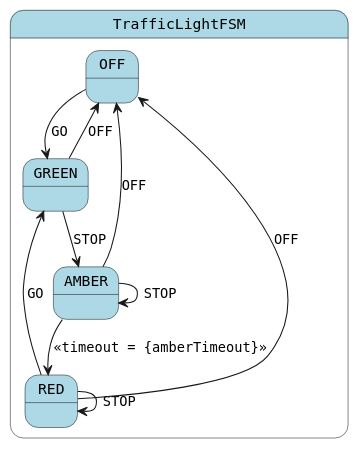
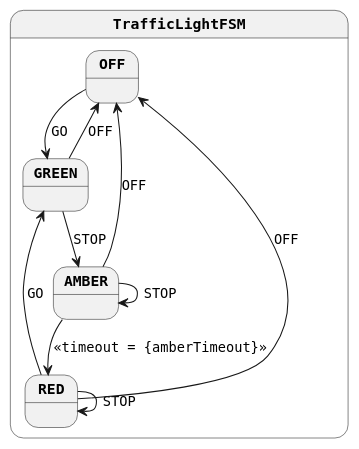
Before and after one commit to open-jumpco/kfsm-android-compose-traffic: the diagram in generated/traffic-light-simple.plantuml, drawn with PlantUML. The commit also changed 7 other files, not shown here.

```diff
--- a/generated/traffic-light-simple.plantuml
+++ b/generated/traffic-light-simple.plantuml
@@ -1,18 +1,21 @@
 @startuml
+skinparam monochrome true
 skinparam StateFontName Helvetica
 skinparam defaultFontName Monospaced
+skinparam defaultFontStyle Bold
 skinparam state {
-    BackgroundColor LightBlue
+    FontColor Black
+    FontStyle Bold
 }
 state TrafficLightFSM {
 OFF --> GREEN : GO
 RED --> GREEN : GO
 RED --> RED : STOP
 RED --> OFF : OFF
 AMBER --> RED : <<timeout = {amberTimeout}>>
 AMBER --> AMBER : STOP
 AMBER --> OFF : OFF
 GREEN --> AMBER : STOP
 GREEN --> OFF : OFF
 }
 @enduml
```
